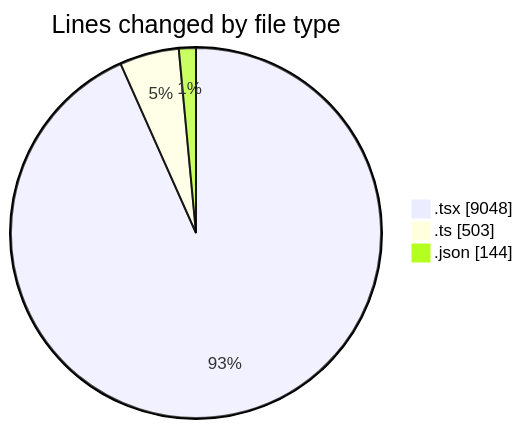
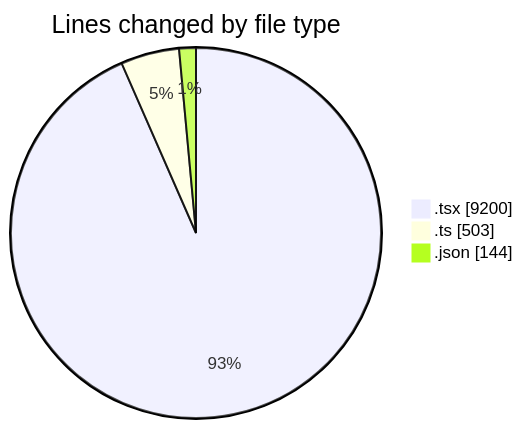
One commit to robertbonfada/code-tracking changed the first of 2 diagrams in 2025-02-18/mbc-web/README.md. Above: the diagram before and after it, drawn with Mermaid. The commit also changed other lines of this file and 1 other file, not shown here.

````diff
--- a/2025-02-18/mbc-web/README.md
+++ b/2025-02-18/mbc-web/README.md
@@ -122,7 +119,7 @@
 ```mermaid
 pie showData
 title Lines changed by file type
-".tsx" : 9048
+".tsx" : 9200
 ".ts" : 503
 ".json" : 144
 ```
````
